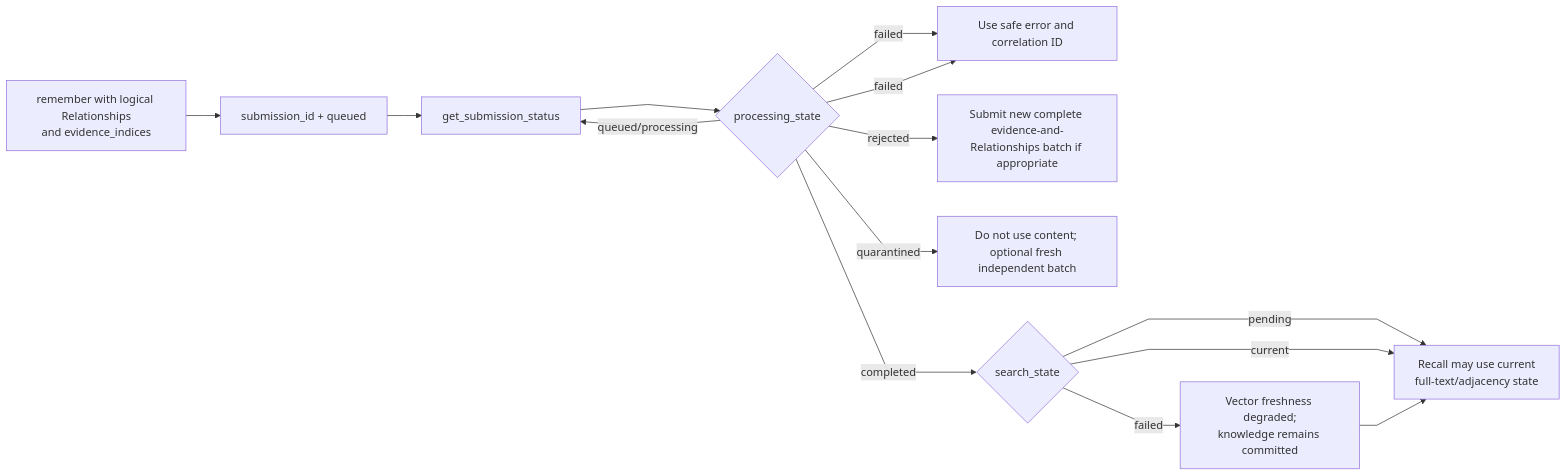
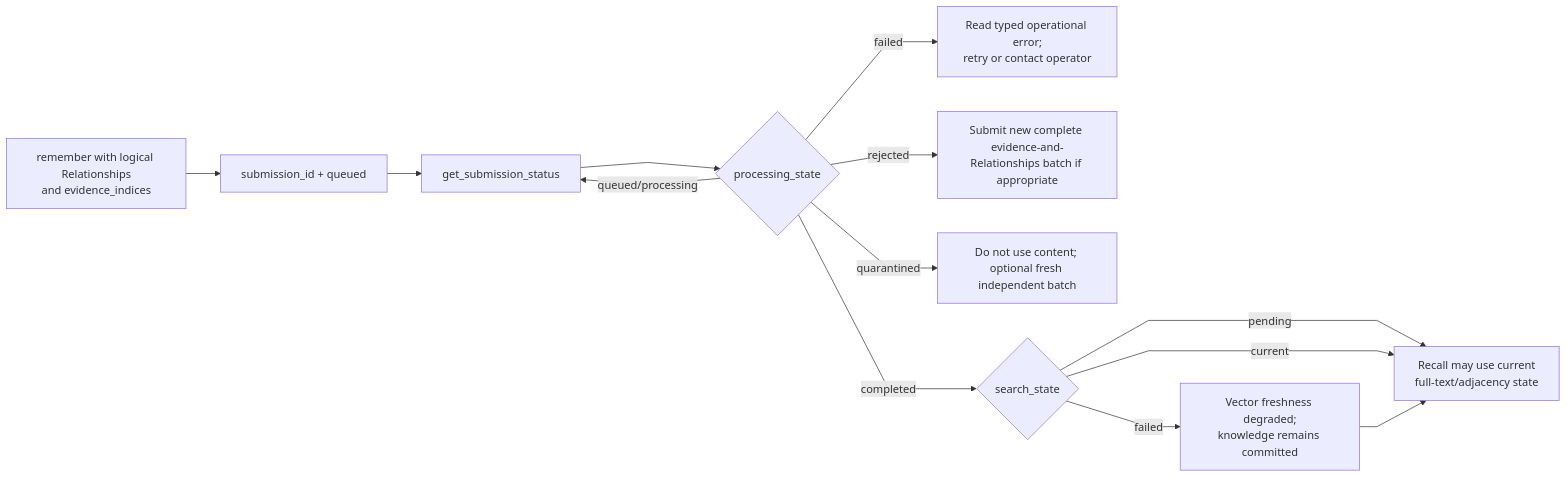
Before and after one commit to markhuangai/dense-mem: the second of 2 diagrams in Quick-Start.md, drawn with Mermaid. The commit also changed other lines of this file and 17 other files, not shown here.

````diff
--- a/Quick-Start.md
+++ b/Quick-Start.md
@@ -185,17 +184,16 @@
 ```mermaid
 %%{init: {"flowchart": {"curve": "linear"}}}%%
 flowchart LR
   Ask["remember with logical Relationships<br/>and evidence_indices"] --> Intake["submission_id + queued"]
   Intake --> Poll["get_submission_status"]
   Poll --> State{"processing_state"}
   State -- queued/processing --> Poll
-  State -- failed --> Diagnose["Read closed errors;<br/>resubmit the complete batch"]
+  State -- failed --> Diagnose["Read typed operational error;<br/>retry or contact operator"]
   State -- rejected --> New["Submit new complete evidence-and-Relationships batch if appropriate"]
   State -- quarantined --> Isolated["Do not use content; optional fresh independent batch"]
-  State -- failed --> Diagnose["Use safe error and correlation ID"]
   State -- completed --> Search{"search_state"}
   Search -- pending --> Recall["Recall may use current<br/>full-text/adjacency state"]
   Search -- current --> Recall
   Search -- failed --> Degraded["Vector freshness degraded;<br/>knowledge remains committed"]
   Degraded --> Recall
 ```
````
